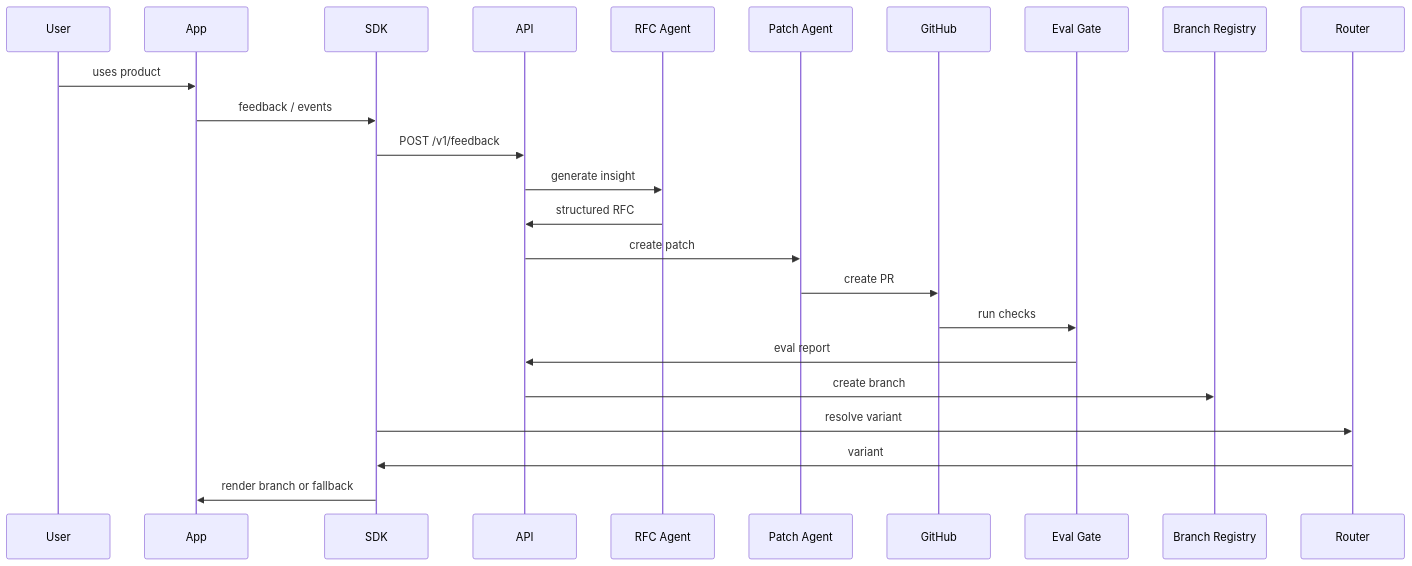
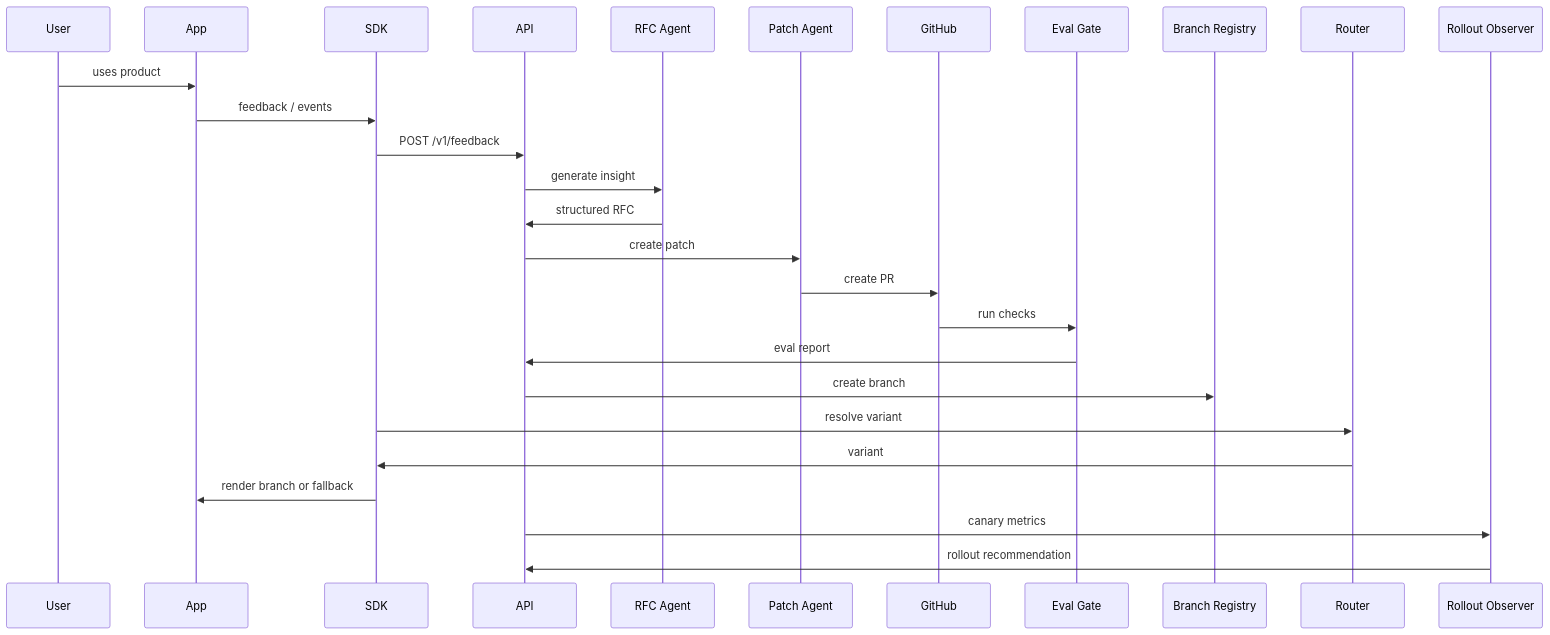
One commit to HiClawBot/EvoFork changed the diagram in docs/ARCHITECTURE.md. Above: the diagram before and after it, drawn with Mermaid. The commit also changed other lines of this file and 37 other files, not shown here.

Commit message:
feat: add rollout observer canary analysis

````diff
--- a/docs/ARCHITECTURE.md
+++ b/docs/ARCHITECTURE.md
@@ -73,27 +79,30 @@
 ```mermaid
 sequenceDiagram
     participant User
     participant App
     participant SDK
     participant API
     participant RFC as RFC Agent
     participant Patch as Patch Agent
     participant GitHub
     participant Eval as Eval Gate
     participant Registry as Branch Registry
     participant Router
+    participant Observer as Rollout Observer
 
     User->>App: uses product
     App->>SDK: feedback / events
     SDK->>API: POST /v1/feedback
     API->>RFC: generate insight
     RFC->>API: structured RFC
     API->>Patch: create patch
     Patch->>GitHub: create PR
     GitHub->>Eval: run checks
     Eval->>API: eval report
     API->>Registry: create branch
     SDK->>Router: resolve variant
     Router->>SDK: variant
     SDK->>App: render branch or fallback
+    API->>Observer: canary metrics
+    Observer->>API: rollout recommendation
 ```
````
